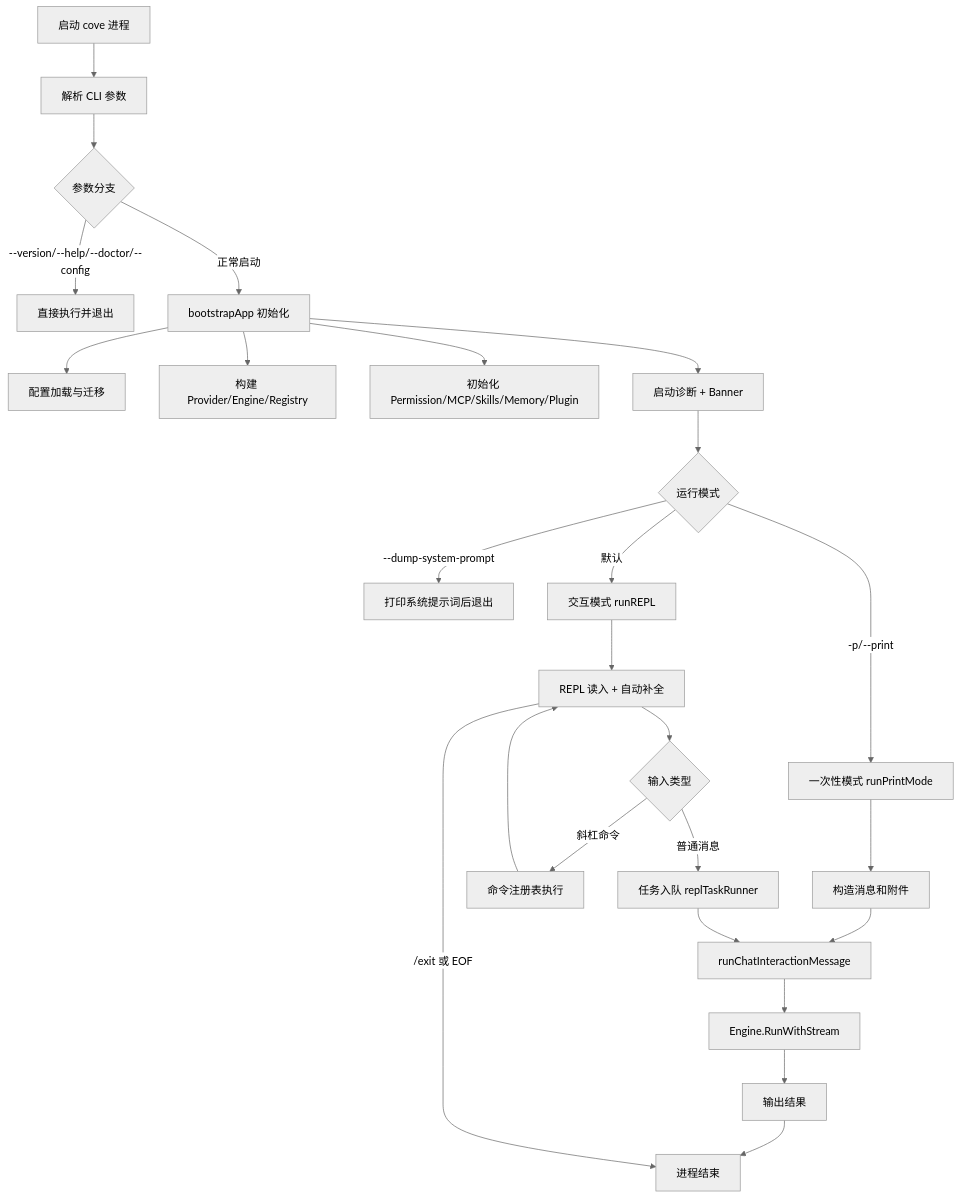
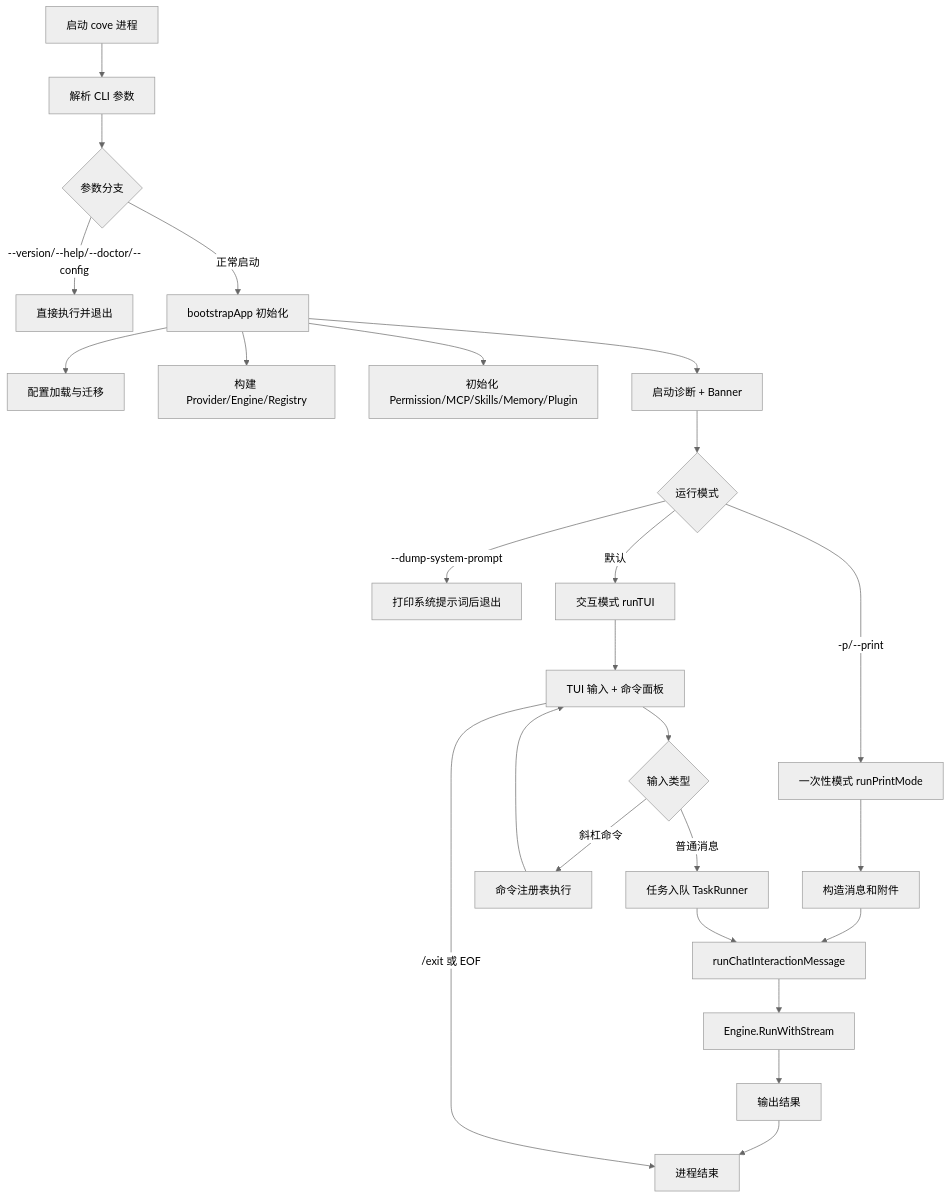
One commit to liuzhixin405/cove changed the first of 16 diagrams in docs/全流程图-端到端.md. Above: the diagram before and after it, drawn with Mermaid (neutral theme). The commit also changed other lines of this file and 45 other files, not shown here.

````diff
--- a/docs/全流程图-端到端.md
+++ b/docs/全流程图-端到端.md
@@ -7,33 +7,33 @@
 ```mermaid
 flowchart TD
     A[启动 cove 进程] --> B[解析 CLI 参数]
     B --> C{参数分支}
 
     C -->|--version/--help/--doctor/--config| C1[直接执行并退出]
     C -->|正常启动| D[bootstrapApp 初始化]
 
     D --> D1[配置加载与迁移]
     D --> D2[构建 Provider/Engine/Registry]
     D --> D3[初始化 Permission/MCP/Skills/Memory/Plugin]
     D --> D4[启动诊断 + Banner]
 
     D4 --> E{运行模式}
     E -->|--dump-system-prompt| E1[打印系统提示词后退出]
     E -->|-p/--print| F[一次性模式 runPrintMode]
-    E -->|默认| G[交互模式 runREPL]
+    E -->|默认| G[交互模式 runTUI]
 
     F --> F1[构造消息和附件]
     F1 --> H[runChatInteractionMessage]
     H --> I[Engine.RunWithStream]
     I --> J[输出结果]
 
-    G --> G1[REPL 读入 + 自动补全]
+    G --> G1[TUI 输入 + 命令面板]
     G1 --> G2{输入类型}
     G2 -->|斜杠命令| G3[命令注册表执行]
-    G2 -->|普通消息| G4[任务入队 replTaskRunner]
+    G2 -->|普通消息| G4[任务入队 TaskRunner]
     G4 --> H
     G3 --> G1
 
     J --> Z[进程结束]
     G1 -->|/exit 或 EOF| Z
 ```
````
